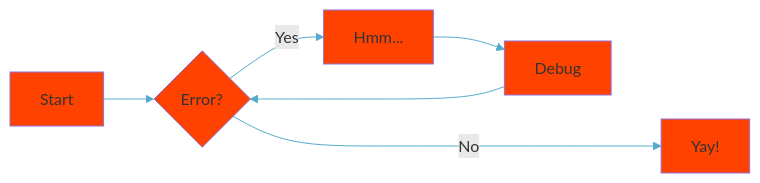
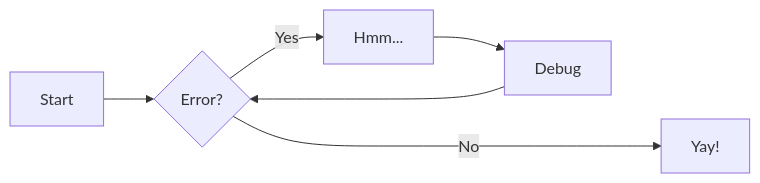
The diagram in docs/mermaid-diagram-test1.md (RoadieHQ/sample-service), drawn with Mermaid before and after one commit.

````diff
--- a/docs/mermaid-diagram-test1.md
+++ b/docs/mermaid-diagram-test1.md
@@ -1,9 +1,9 @@
 ```mermaid
-%%{init: {'themeVariables': { 'lineColor': '#55aacc', 'mainBkg': '#ff4200', 'background': '#333333' }}}%%
+%%{init: {'themeVariables': { 'background': '#333333' }}}%%
 graph LR
   A[Start] --> B{Error?};
   B -->|Yes| C[Hmm...];
   C --> D[Debug];
   D --> B;
   B ---->|No| E[Yay!];
 ```
````
